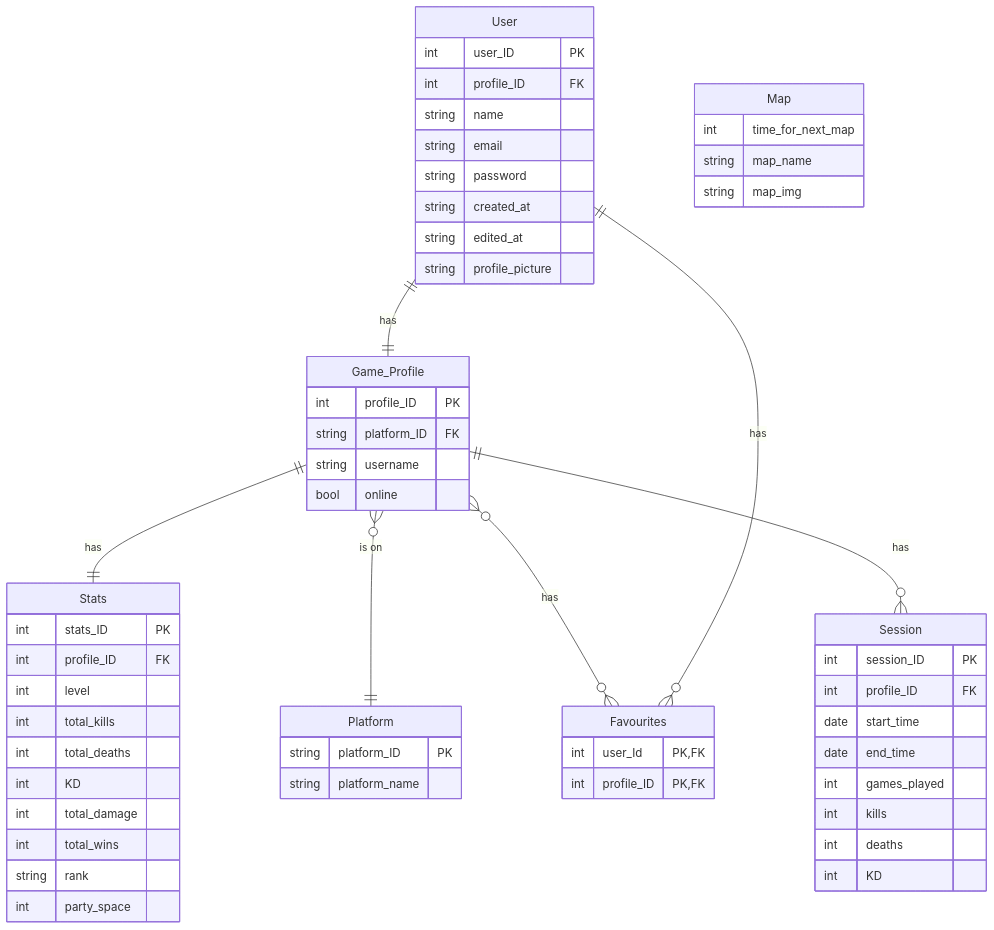
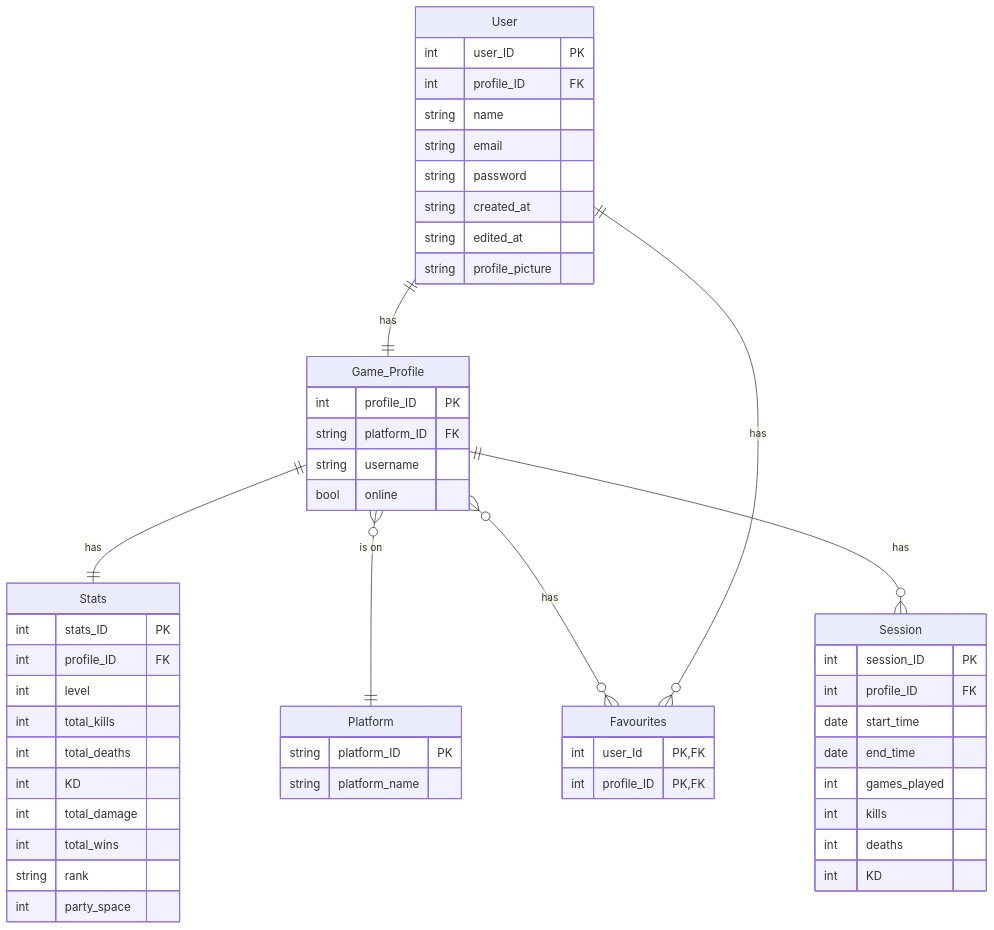
The diagram in README.md (ryanwiwcharyk/project-brainrot), drawn with Mermaid before and after one commit. The commit also changed 1 other file, not shown here.

Commit message:
Removed unused map table and created tables according to ERD in init.

````diff
--- a/README.md
+++ b/README.md
@@ -50,62 +50,57 @@
 ```mermaid
 erDiagram
         User ||--|| Game_Profile: has
     Game_Profile ||--|| Stats: has
     Game_Profile }o--|| Platform: "is on"
     Game_Profile }o--o{ Favourites: has
     Game_Profile ||--o{ Session: has
     User ||--o{ Favourites: has
 
 
     User {
         int user_ID PK
         int profile_ID FK
         string name
         string email
         string password
         string created_at
         string edited_at
         string profile_picture
     }
     Favourites{
         int user_Id PK,FK
         int profile_ID PK,FK
     }
     Game_Profile{
         int profile_ID PK
         string platform_ID FK
         string username
         bool online
     }
     Platform{
         string platform_ID PK
         string platform_name
     }
     Stats {
         int stats_ID PK
         int profile_ID FK
         int level
         int total_kills
         int total_deaths
         int KD
         int total_damage
         int total_wins
         string rank
         int party_space
     }
     Session{
         int session_ID PK
         int profile_ID FK
         date start_time
         date end_time
         int games_played
         int kills
         int deaths
         int KD
     }
-    Map{
-        int time_for_next_map
-        string map_name
-        string map_img
-    }
 ```
````
